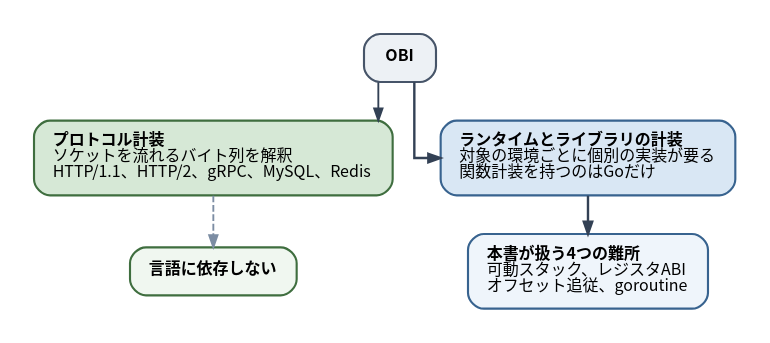
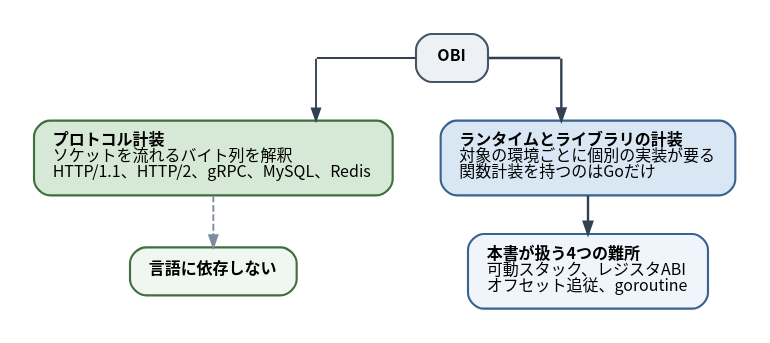
The diagram in diagrams/go-ebpf-primer/20260820-obi-two-paths.dot (ymotongpoo/zenn.dev), drawn with Graphviz before and after one commit. The commit also changed 9 other files, not shown here.

First line of the commit message:
fix: 曲線・ラベルの帰属・矢印の形と長さを修正（5図）

```diff
--- a/diagrams/go-ebpf-primer/20260820-obi-two-paths.dot
+++ b/diagrams/go-ebpf-primer/20260820-obi-two-paths.dot
@@ -1,39 +1,54 @@
 // OBIの2つの計装経路
 digraph obi_two_paths {
   graph [
     rankdir=TB, splines=ortho,
     nodesep=0.5, ranksep=0.4, pad=0.25,
     fontname="Harano Aji Gothic,Noto Sans CJK JP,IPAGothic", fontsize=13,
     bgcolor="white"
   ];
   node [
     fontname="Harano Aji Gothic,Noto Sans CJK JP,IPAGothic", fontsize=12,
     shape=box, style="rounded,filled",
     fillcolor="#F1F5F9", color="#475569", penwidth=1.6,
     margin="0.2,0.14"
   ];
   edge [
     fontname="Harano Aji Gothic,Noto Sans CJK JP,IPAGothic", fontsize=11,
     color="#334155", penwidth=1.4, arrowsize=0.9,
     fontcolor="#1E293B"
   ];
 
   obi [label=<<b>OBI</b>>, fillcolor="#EDF1F5"];
 
   proto [label=<<b>プロトコル計装</b><br align="left"/>ソケットを流れるバイト列を解釈<br align="left"/>HTTP/1.1、HTTP/2、gRPC、MySQL、Redis<br align="left"/>>,
          fillcolor="#D6E8D6", color="#3F6E3F"];
   lib [label=<<b>ランタイムとライブラリの計装</b><br align="left"/>対象の環境ごとに個別の実装が要る<br align="left"/>関数計装を持つのはGoだけ<br align="left"/>>,
        fillcolor="#D9E7F4", color="#38638F"];
 
   proto_res [label=<<b>言語に依存しない</b>>, fillcolor="#F0F7F0", color="#3F6E3F"];
   lib_res [label=<<b>本書が扱う4つの難所</b><br align="left"/>可動スタック、レジスタABI<br align="left"/>オフセット追従、goroutine<br align="left"/>>,
            fillcolor="#EFF5FB", color="#38638F"];
 
-  obi -> proto;
-  obi -> lib [penwidth=1.8];
+  // obi からの2本は「横に伸びてから真下に折れる」形にする。splines=ortho の
+  // 直角配線を dot に任せると、必ず「真下に降りてから横に折れて子の側面に入る」
+  // 経路になり、しかも obi の真下に来た子だけが直線になって不揃いに見える。
+  // そこで obi と同じランクに不可視の経由点 wl / wr を置き、そこで折る。
+  // wl / wr は子が1つずつなので dot の座標決定で子の中心に揃い、
+  // 「obi の側面から水平 → 経由点で真下 → 子の上辺」という経路になる。
+  // 経由点での継ぎ目は render.sh の elbow.py がふさいで角を丸める。
+  // フラットな辺は書いた向きが左右の並び順になるため、wl は wl -> obi と書く
+  // （dir=none なので矢じりは出ない。流れは obi から proto / lib へ）。
+  wl [shape=point, width=0.01, height=0.01, style=invis, label=""];
+  wr [shape=point, width=0.01, height=0.01, style=invis, label=""];
+
+  wl -> obi [dir=none];
+  wl -> proto;
+  obi -> wr [dir=none, penwidth=1.8];
+  wr -> lib [penwidth=1.8];
   proto -> proto_res [style=dashed, color="#7C8DA3"];
   lib -> lib_res [penwidth=1.8];
 
+  { rank=same; wl; obi; wr; }
   { rank=same; proto; lib; }
   { rank=same; proto_res; lib_res; }
 }
```
